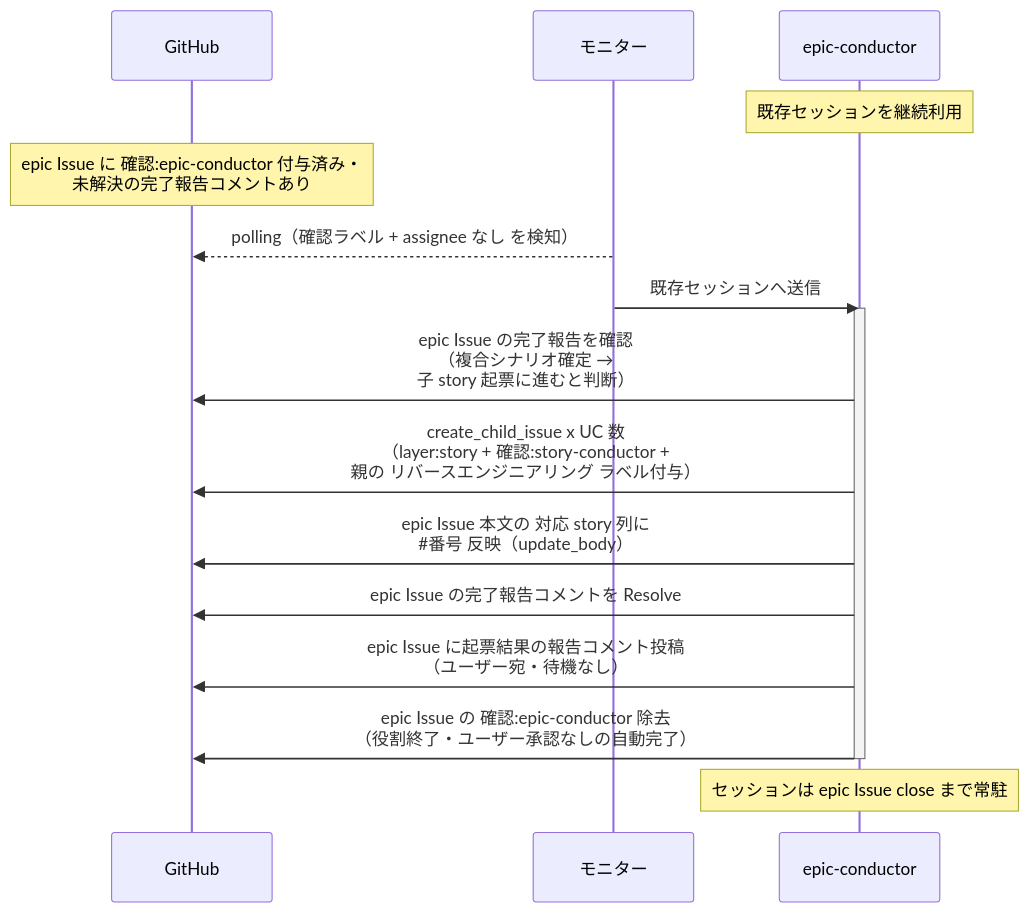
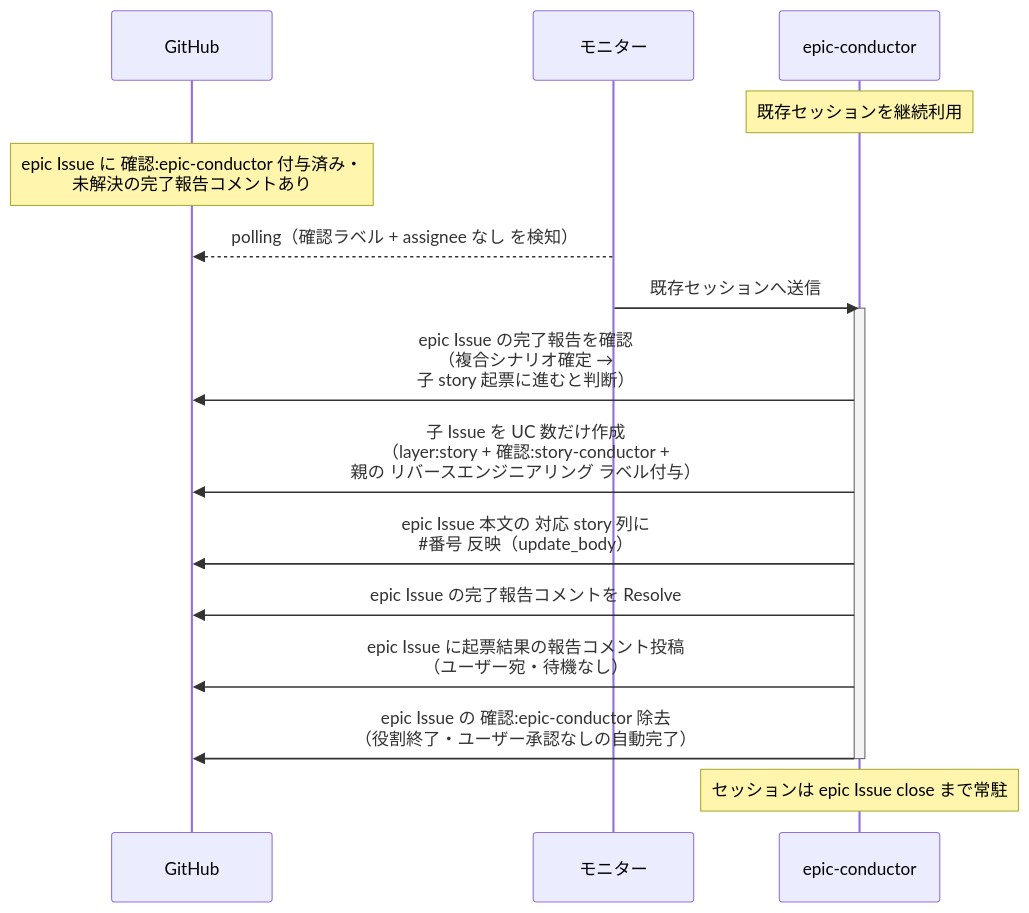
The diagram in docs/wiki/設計図/シナリオ/単一ユースケース/子story起票.md (shuhei1101/ai-monitor), drawn with Mermaid before and after one commit. The commit also changed 304 other files, not shown here.

````diff
--- a/docs/wiki/設計図/シナリオ/単一ユースケース/子story起票.md
+++ b/docs/wiki/設計図/シナリオ/単一ユースケース/子story起票.md
@@ -27,20 +27,20 @@
 ```mermaid
 sequenceDiagram
   participant GH as GitHub
   participant ORC as モニター
   participant MON as epic-conductor
 
   Note over MON: 既存セッションを継続利用
   Note over GH: epic Issue に 確認:epic-conductor 付与済み・<br>未解決の完了報告コメントあり
   ORC-->>GH: polling（確認ラベル + assignee なし を検知）
   ORC->>MON: 既存セッションへ送信
   activate MON
   MON->>GH: epic Issue の完了報告を確認<br>（複合シナリオ確定 →<br>子 story 起票に進むと判断）
-  MON->>GH: create_child_issue x UC 数<br>（layer:story + 確認:story-conductor +<br>親の リバースエンジニアリング ラベル付与）
+  MON->>GH: 子 Issue を UC 数だけ作成<br>（layer:story + 確認:story-conductor +<br>親の リバースエンジニアリング ラベル付与）
   MON->>GH: epic Issue 本文の 対応 story 列に<br>#35;番号 反映（update_body）
   MON->>GH: epic Issue の完了報告コメントを Resolve
   MON->>GH: epic Issue に起票結果の報告コメント投稿<br>（ユーザー宛・待機なし）
   MON->>GH: epic Issue の 確認:epic-conductor 除去<br>（役割終了・ユーザー承認なしの自動完了）
   deactivate MON
   Note over MON: セッションは epic Issue close まで常駐
 ```
````
